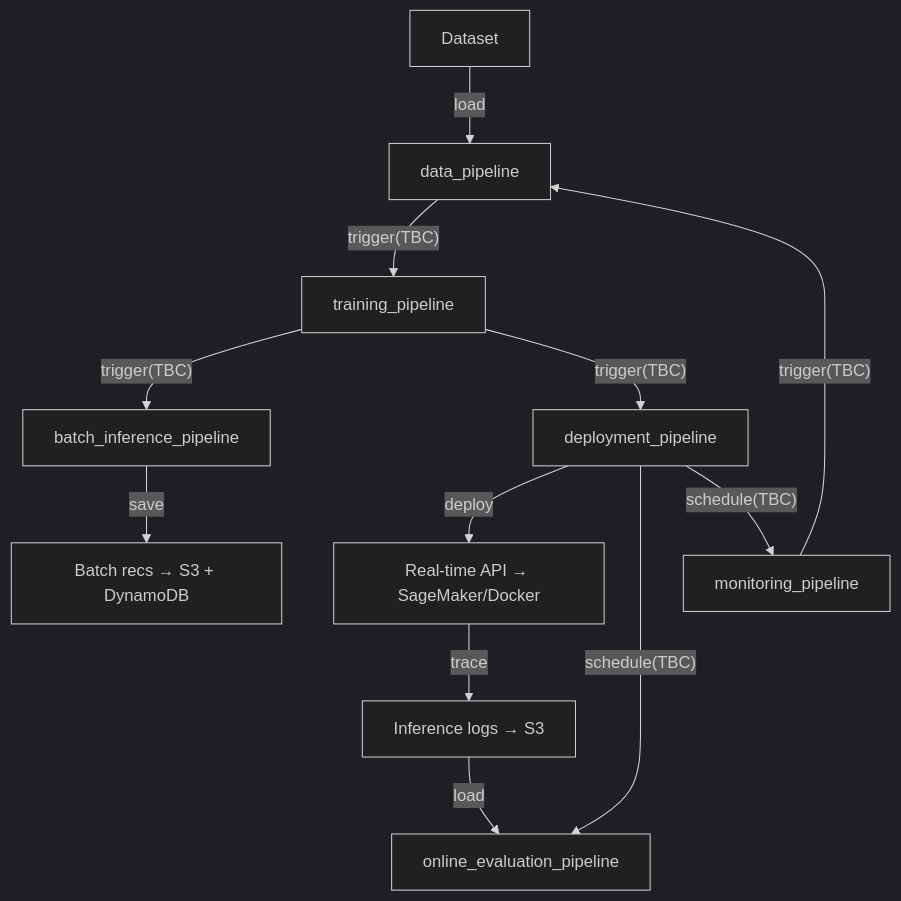
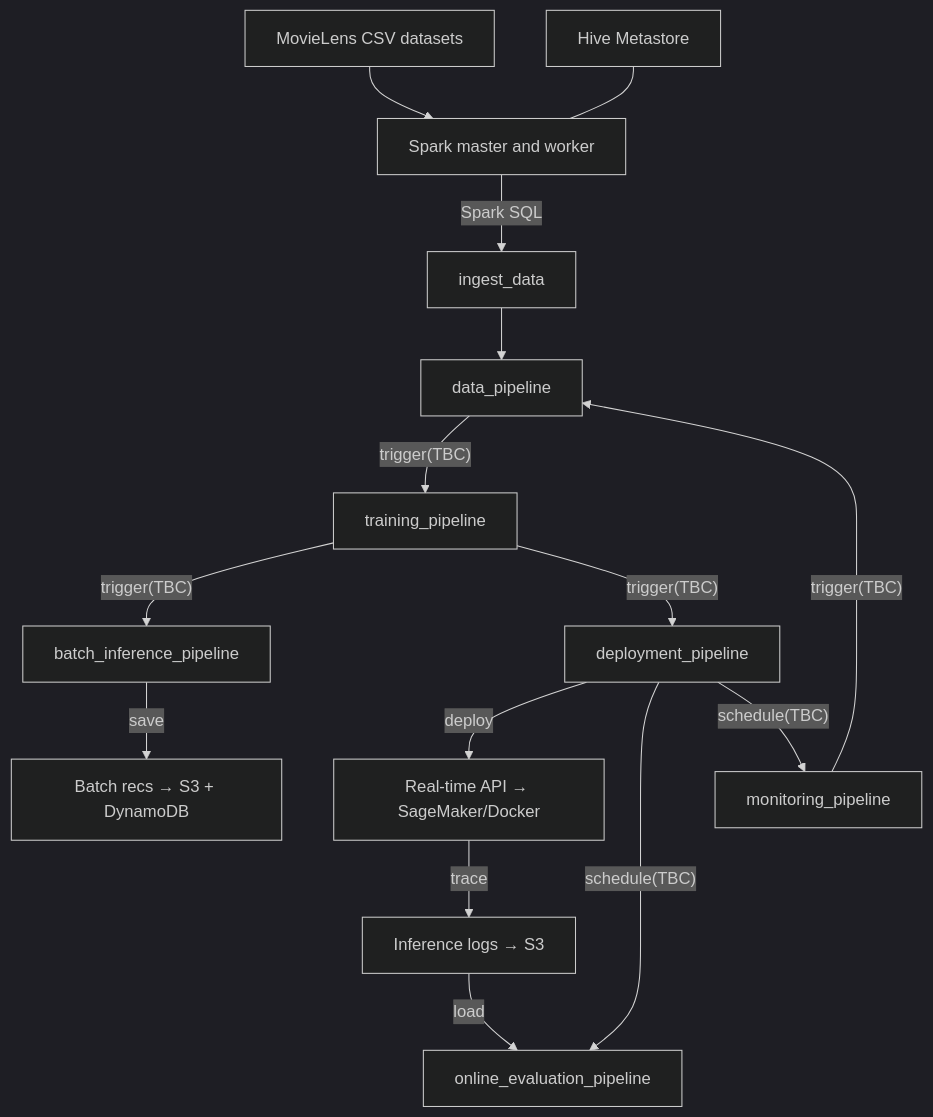
One commit to sagadana/zenml-mlops changed the diagram in README.md. Above: the diagram before and after it, drawn with Mermaid (dark theme). The commit also changed other lines of this file and 28 other files, not shown here.

Commit message:
add support for spark and hive

````diff
--- a/README.md
+++ b/README.md
@@ -7,14 +7,17 @@
 ```mermaid
 graph TD
-    A[Dataset] --> |load| D[data_pipeline]
+  A[MovieLens CSV datasets] --> S[Spark master and worker]
+  H[Hive Metastore] --- S
+  S -->|Spark SQL| I[ingest_data]
+  I --> D[data_pipeline]
     D -->|"trigger(TBC)"| T[training_pipeline]
     T -->|"trigger(TBC)"| BI[batch_inference_pipeline]
     T -->|"trigger(TBC)"| DP[deployment_pipeline]
     BI -->|"save"| B[Batch recs → S3 + DynamoDB]
     DP -->|"deploy"| R[Real-time API → SageMaker/Docker]
     R -->|trace| L[Inference logs → S3]
     L -->|load| OE[online_evaluation_pipeline]
     DP -->|"schedule(TBC)"| OE
     DP -->|"schedule(TBC)"| M[monitoring_pipeline]
     M -->|"trigger(TBC)"| D
 ```
````
